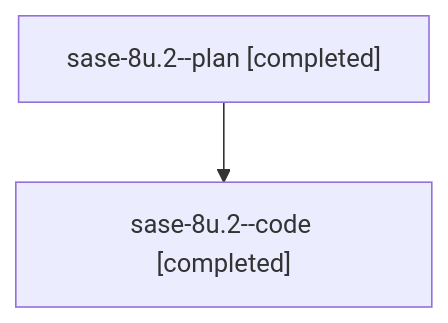
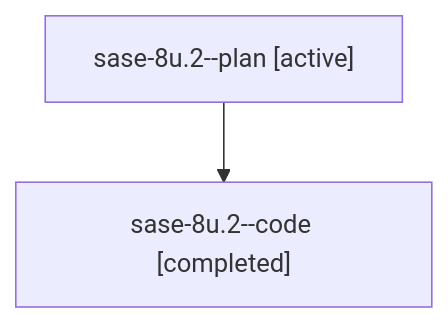
One commit to sase-org/sase--agents changed the diagram in families/bbugyi200.athena.sase-8u.2.md. Above: the diagram before and after it, drawn with Mermaid. The commit also changed other lines of this file and 8679 other files, not shown here.

````diff
--- a/families/bbugyi200.athena.sase-8u.2.md
+++ b/families/bbugyi200.athena.sase-8u.2.md
@@ -9,6 +9,6 @@
 ```mermaid
 flowchart TD
-  n0["sase-8u.2--plan [completed]"]
+  n0["sase-8u.2--plan [active]"]
   n1["sase-8u.2--code [completed]"]
   n0 --> n1
 ```
````
